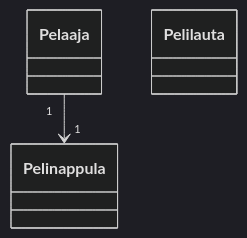
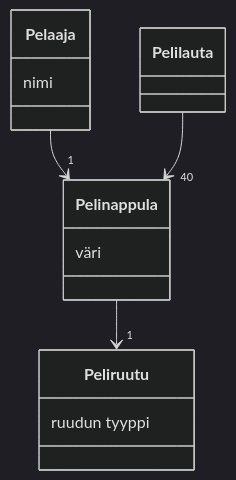
One commit to Jusq17/ot-harjoitustyo changed the diagram in laskarit/viikko3/monopoli.md. Above: the diagram before and after it, drawn with Mermaid (dark theme).

````diff
--- a/laskarit/viikko3/monopoli.md
+++ b/laskarit/viikko3/monopoli.md
@@ -3,19 +3,25 @@
 ```mermaid
 
   classDiagram
   
-  Pelaaja "1" --> "1" Pelinappula
+  Pelaaja --> "1" Pelinappula
+  Pelinappula --> "1" Peliruutu
+  Pelilauta --> "40" Pelinappula
     
     class Pelaaja{
-      
+      nimi
     }
     
     class Pelinappula{
-    
+      väri
     }
     
     class Pelilauta{
     
     }
+    
+    class Peliruutu{
+      ruudun tyyppi
+    }
 
 ```
````
